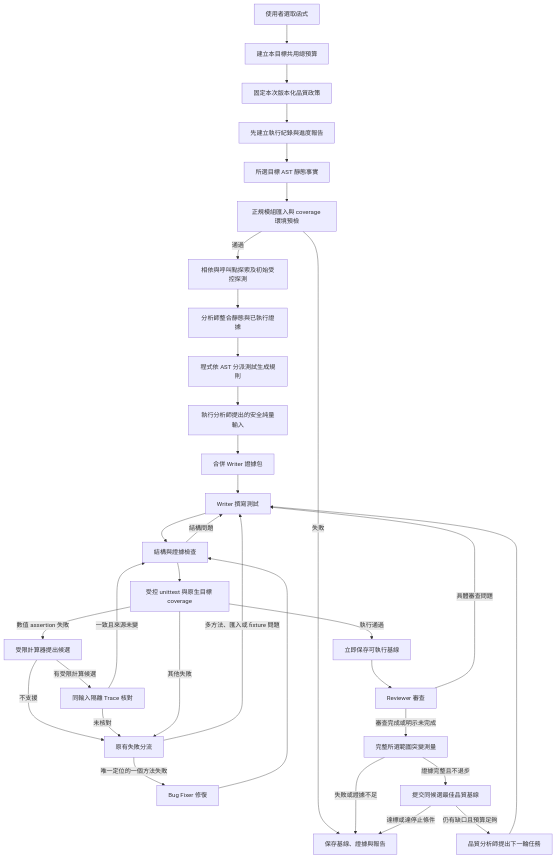
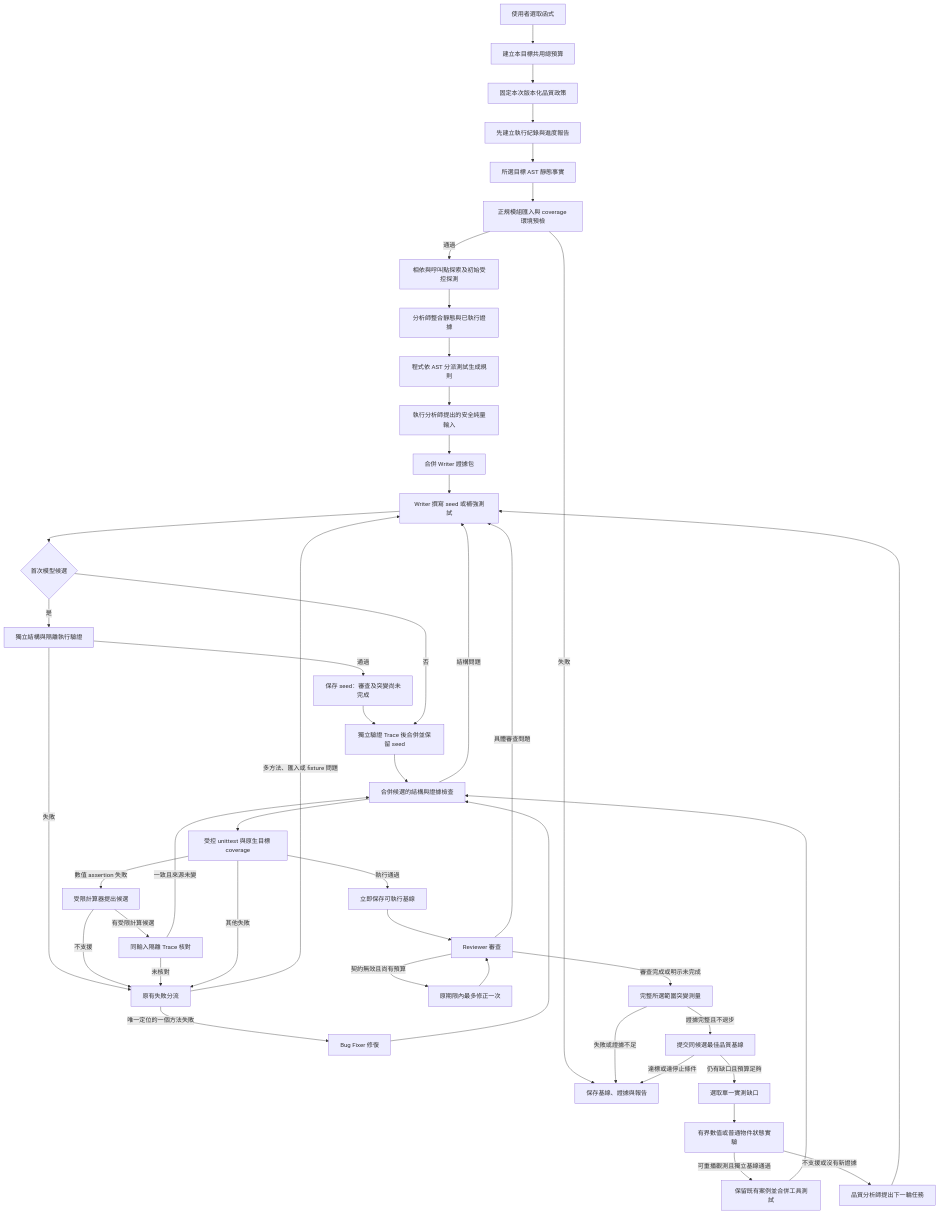
Before and after one commit to Lane921129/vscode_llm_unit_test: the diagram in ARCHITECTURE.md, drawn with Mermaid. The commit also changed other lines of this file and 58 other files, not shown here.

````diff
--- a/ARCHITECTURE.md
+++ b/ARCHITECTURE.md
@@ -55,36 +70,48 @@
 ```mermaid
 flowchart TD
     UI[使用者選取函式] --> Budget[建立本目標共用總預算]
     Budget --> Policy[固定本次版本化品質政策]
     Policy --> Journal[先建立執行紀錄與進度報告]
     Journal --> Static[所選目標 AST 靜態事實]
     Static --> Preflight[正規模組匯入與 coverage 環境預檢]
     Preflight -->|失敗| Report[保存基線、證據與報告]
     Preflight -->|通過| InitialProbe[相依與呼叫點探索及初始受控探測]
     InitialProbe --> Analyst[分析師整合靜態與已執行證據]
     Analyst --> Rules[程式依 AST 分派測試生成規則]
     Rules --> SupplementalProbe[執行分析師提出的安全純量輸入]
     SupplementalProbe --> Bundle[合併 Writer 證據包]
-    Bundle --> Writer[Writer 撰寫測試]
-    Writer --> Structure[結構與證據檢查]
+    Bundle --> Writer[Writer 撰寫 seed 或補強測試]
+    Writer --> SeedGate{首次模型候選}
+    SeedGate -->|是| SeedCheck[獨立結構與隔離執行驗證]
+    SeedCheck -->|通過| SeedCheckpoint[保存 seed：審查及突變尚未完成]
+    SeedCheck -->|失敗| Repair
+    SeedCheckpoint --> TraceBaseline[獨立驗證 Trace 後合併並保留 seed]
+    SeedGate -->|否| TraceBaseline
+    TraceBaseline --> Structure[合併候選的結構與證據檢查]
     Structure --> Validation[受控 unittest 與原生目標 coverage]
     Validation -->|執行通過| Checkpoint[立即保存可執行基線]
     Checkpoint --> Reviewer[Reviewer 審查]
+    Reviewer -->|契約無效且尚有預算| ReviewRepair[原期限內最多修正一次]
+    ReviewRepair --> Reviewer
     Reviewer -->|具體審查問題| Writer
     Structure -->|結構問題| Writer
     Validation -->|數值 assertion 失敗| Calculator[受限計算器提出候選]
     Calculator -->|有受限計算候選| ExactTrace[同輸入隔離 Trace 核對]
     Calculator -->|不支援| Repair[原有失敗分流]
     ExactTrace -->|一致且來源未變| Structure
     ExactTrace -->|未核對| Repair
     Validation -->|其他失敗| Repair
     Repair -->|唯一定位的一個方法失敗| Fixer[Bug Fixer 修復]
     Repair -->|多方法、匯入或 fixture 問題| Writer
     Fixer --> Structure
     Reviewer -->|審查完成或明示未完成| Quality[完整所選範圍突變測量]
     Quality -->|證據完整且不退步| QualityCheckpoint[提交同候選最佳品質基線]
     Quality -->|失敗或證據不足| Report
-    QualityCheckpoint -->|仍有缺口且預算足夠| QualityAnalyst[品質分析師提出下一輪任務]
+    QualityCheckpoint -->|仍有缺口且預算足夠| Focus[選取單一實測缺口]
+    Focus --> Experiments[有界數值或普通物件狀態實驗]
+    Experiments -->|可重播觀測且獨立基線通過| ToolMerge[保留既有案例並合併工具測試]
+    ToolMerge --> Structure
+    Experiments -->|不支援或沒有新證據| QualityAnalyst[品質分析師提出下一輪任務]
     QualityAnalyst --> Writer
     QualityCheckpoint -->|達標或達停止條件| Report
 ```
````
